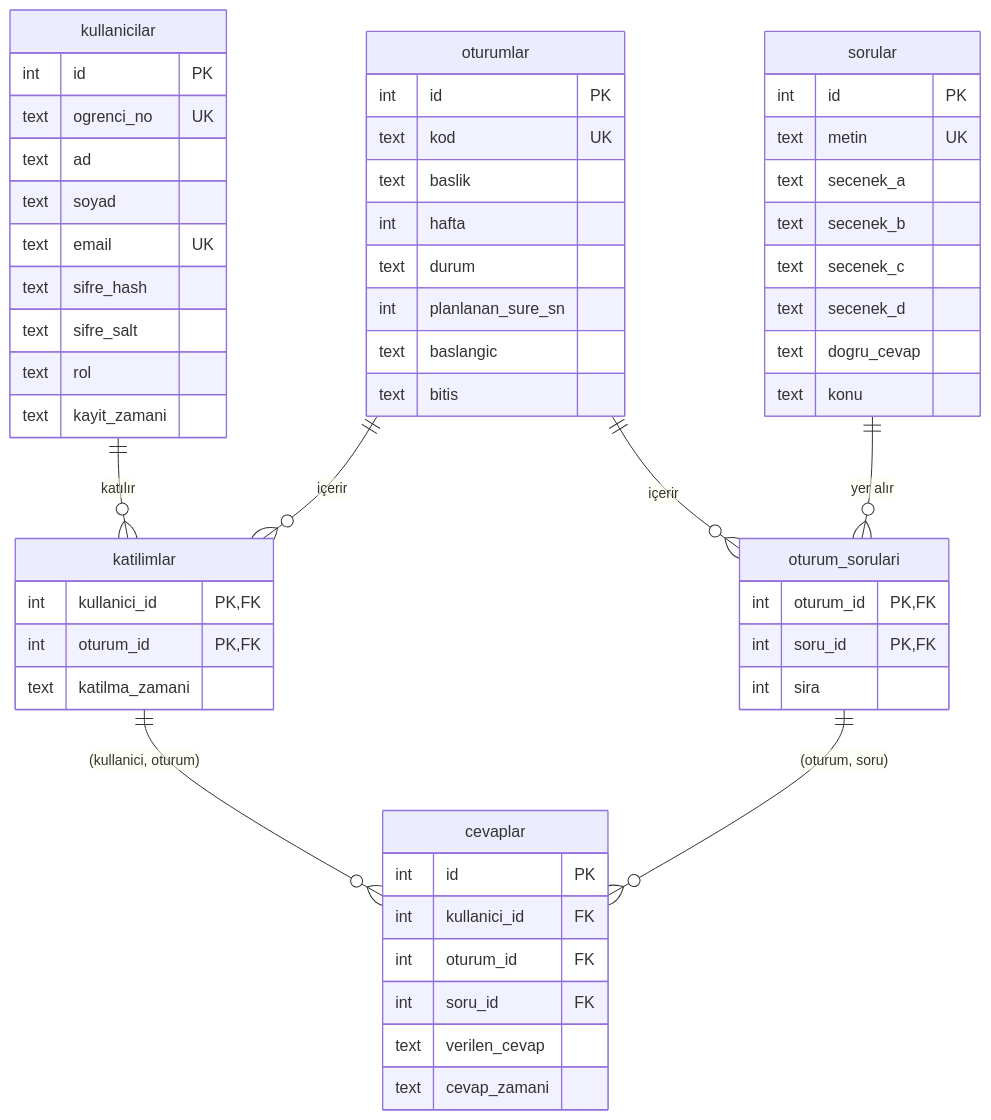
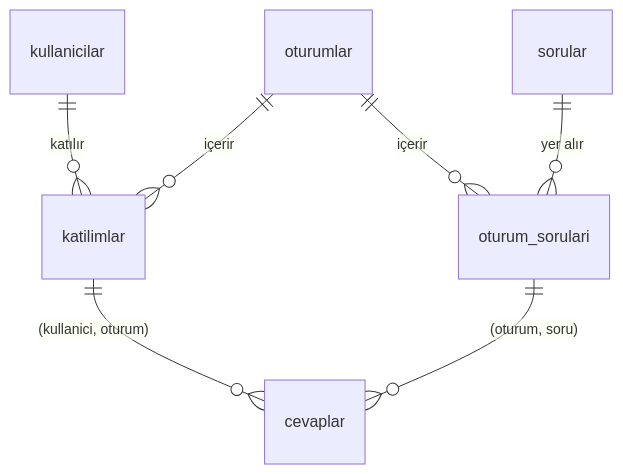
One commit to yagizefecsoy/sqlite-quiz-db changed the diagram in README.md. Above: the diagram before and after it, drawn with Mermaid. The commit also changed other lines of this file, not shown here.

````diff
--- a/README.md
+++ b/README.md
@@ -94,59 +77,9 @@
 ```mermaid
 erDiagram
-    kullanicilar ||--o{ katilimlar : "katılır"
-    oturumlar    ||--o{ katilimlar : "içerir"
-    oturumlar    ||--o{ oturum_sorulari : "içerir"
-    sorular      ||--o{ oturum_sorulari : "yer alır"
-    katilimlar   ||--o{ cevaplar : "(kullanici, oturum)"
-    oturum_sorulari ||--o{ cevaplar : "(oturum, soru)"
-
-    kullanicilar {
-        int id PK
-        text ogrenci_no UK
-        text ad
-        text soyad
-        text email UK
-        text sifre_hash
-        text sifre_salt
-        text rol
-        text kayit_zamani
-    }
-    oturumlar {
-        int id PK
-        text kod UK
-        text baslik
-        int hafta
-        text durum
-        int planlanan_sure_sn
-        text baslangic
-        text bitis
-    }
-    sorular {
-        int id PK
-        text metin UK
-        text secenek_a
-        text secenek_b
-        text secenek_c
-        text secenek_d
-        text dogru_cevap
-        text konu
-    }
-    oturum_sorulari {
-        int oturum_id PK, FK
-        int soru_id PK, FK
-        int sira
-    }
-    katilimlar {
-        int kullanici_id PK, FK
-        int oturum_id PK, FK
-        text katilma_zamani
-    }
-    cevaplar {
-        int id PK
-        int kullanici_id FK
-        int oturum_id FK
-        int soru_id FK
-        text verilen_cevap
-        text cevap_zamani
-    }
+    kullanicilar    ||--o{ katilimlar      : "katılır"
+    oturumlar       ||--o{ katilimlar      : "içerir"
+    oturumlar       ||--o{ oturum_sorulari : "içerir"
+    sorular         ||--o{ oturum_sorulari : "yer alır"
+    katilimlar      ||--o{ cevaplar        : "(kullanici, oturum)"
+    oturum_sorulari ||--o{ cevaplar        : "(oturum, soru)"
 ```
````
